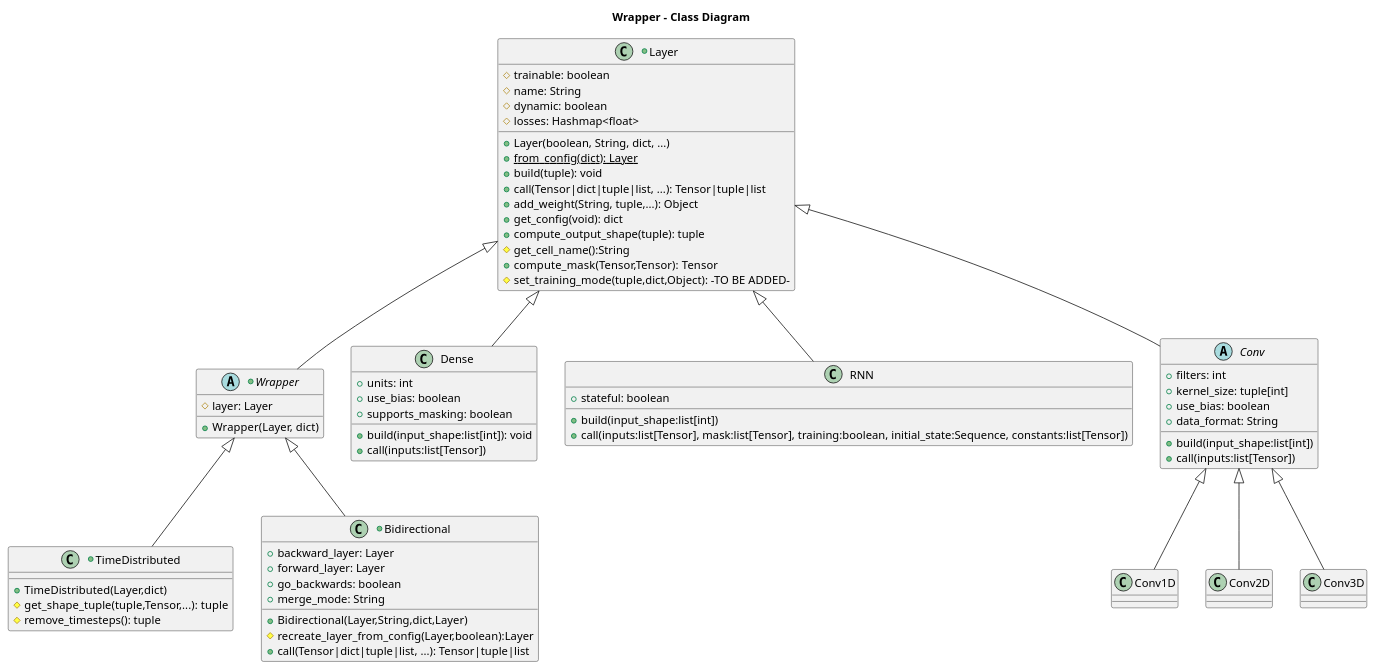
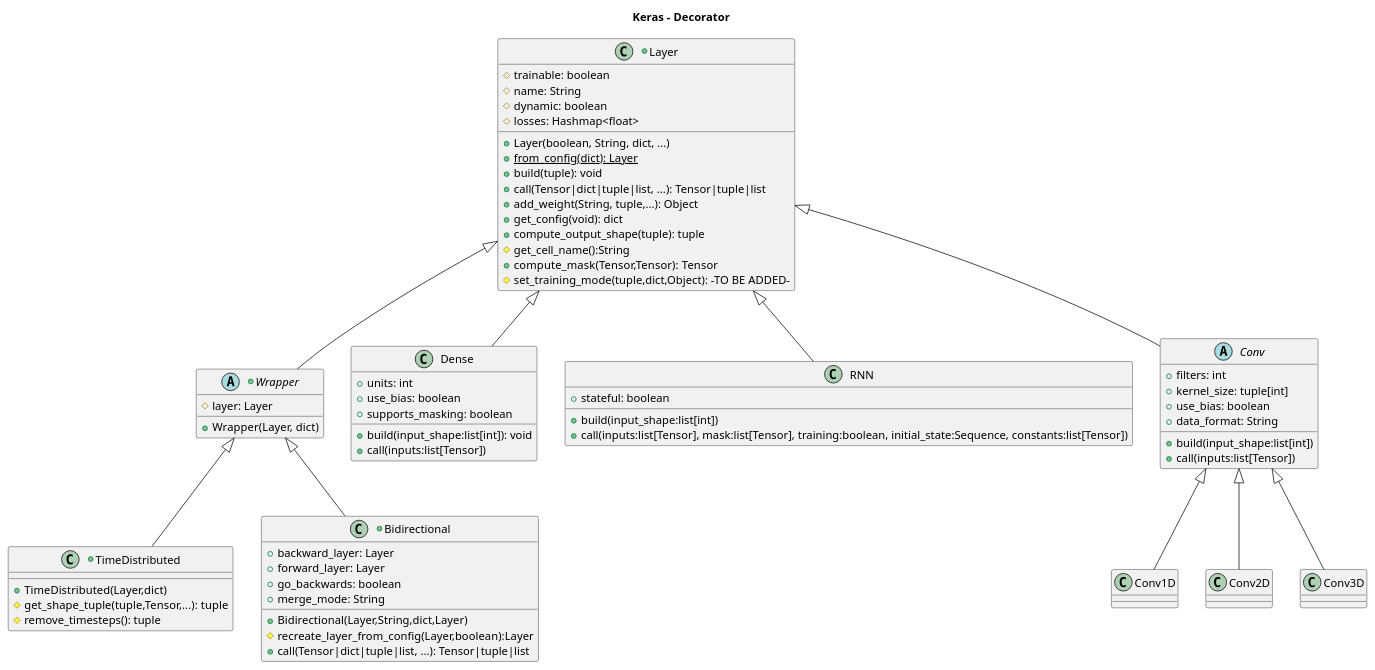
The diagram in uml_diagram/src/keras_wrapper.puml (pholpaphankorn/keras_softarch_assignment), drawn with PlantUML before and after one commit. The commit also changed 4 other files, not shown here.

Commit message:
change diagram

```diff
--- a/uml_diagram/src/keras_wrapper.puml
+++ b/uml_diagram/src/keras_wrapper.puml
@@ -1,74 +1,74 @@
 @startuml
 
-title Wrapper - Class Diagram
+title Keras - Decorator
     
 
 +abstract class Wrapper extends Layer{
     # layer: Layer
     + Wrapper(Layer, dict)
     
 }
 
 +class Layer{
     # trainable: boolean
     # name: String
     # dynamic: boolean
     # losses: Hashmap<float>
     + Layer(boolean, String, dict, ...)
     +{static}from_config(dict): Layer
     + build(tuple): void
     + call(Tensor|dict|tuple|list, ...): Tensor|tuple|list
     + add_weight(String, tuple,...): Object
     + get_config(void): dict
     + compute_output_shape(tuple): tuple
     # get_cell_name():String
     + compute_mask(Tensor,Tensor): Tensor
     # set_training_mode(tuple,dict,Object): -TO BE ADDED-
 }
 
 +class TimeDistributed extends Wrapper{
     + TimeDistributed(Layer,dict)
     # get_shape_tuple(tuple,Tensor,...): tuple
     # remove_timesteps(): tuple
 }
 class Dense extends Layer {
     +build(input_shape:list[int]): void
     +call(inputs:list[Tensor])
     +units: int
     +use_bias: boolean
     +supports_masking: boolean
 }
 
 class RNN extends Layer {
     +build(input_shape:list[int])
     +call(inputs:list[Tensor], mask:list[Tensor], training:boolean, initial_state:Sequence, constants:list[Tensor])
     +stateful: boolean
 }
 
 abstract class Conv extends Layer {
     +build(input_shape:list[int])
     +call(inputs:list[Tensor])
     +filters: int
     +kernel_size: tuple[int]
     +use_bias: boolean
     +data_format: String
 }
 class Conv1D extends Conv{
     
 }
 class Conv2D extends Conv{
 
 }
 class Conv3D extends Conv{
     
 }
 +class Bidirectional extends Wrapper{
     + Bidirectional(Layer,String,dict,Layer)
     + backward_layer: Layer
     + forward_layer: Layer
     + go_backwards: boolean
     + merge_mode: String
     # recreate_layer_from_config(Layer,boolean):Layer
     + call(Tensor|dict|tuple|list, ...): Tensor|tuple|list
 }
 @enduml
```
